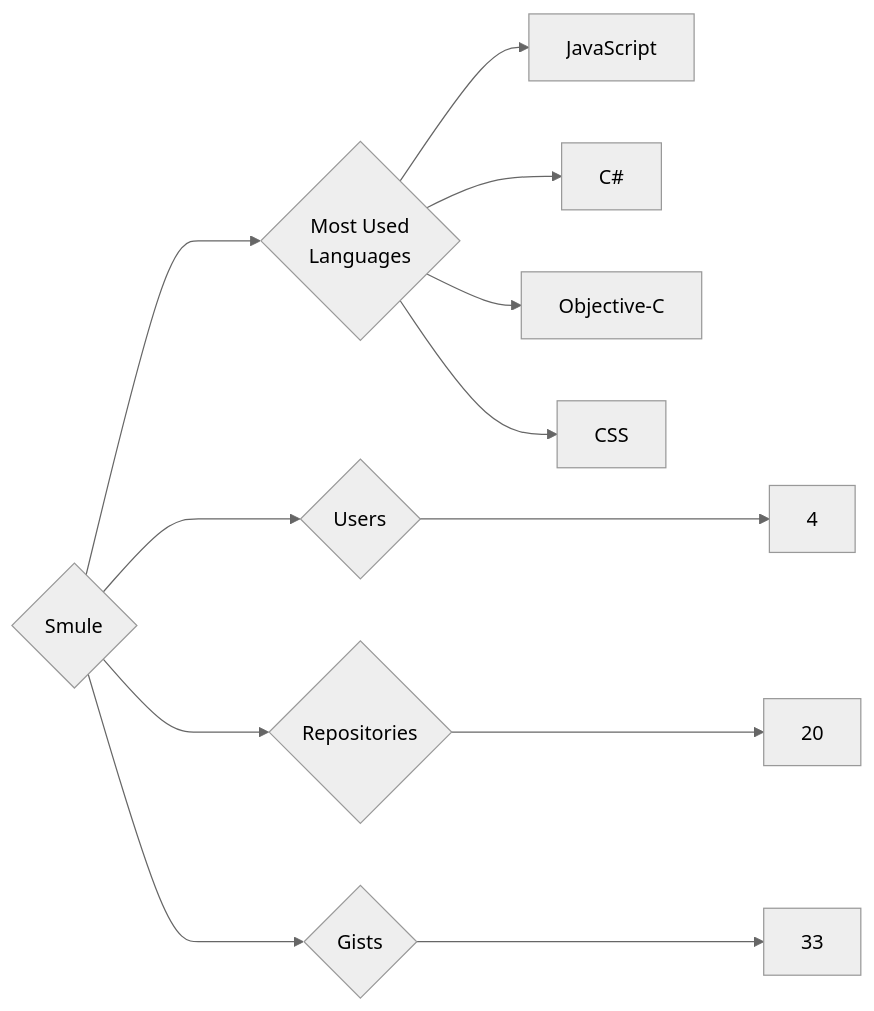
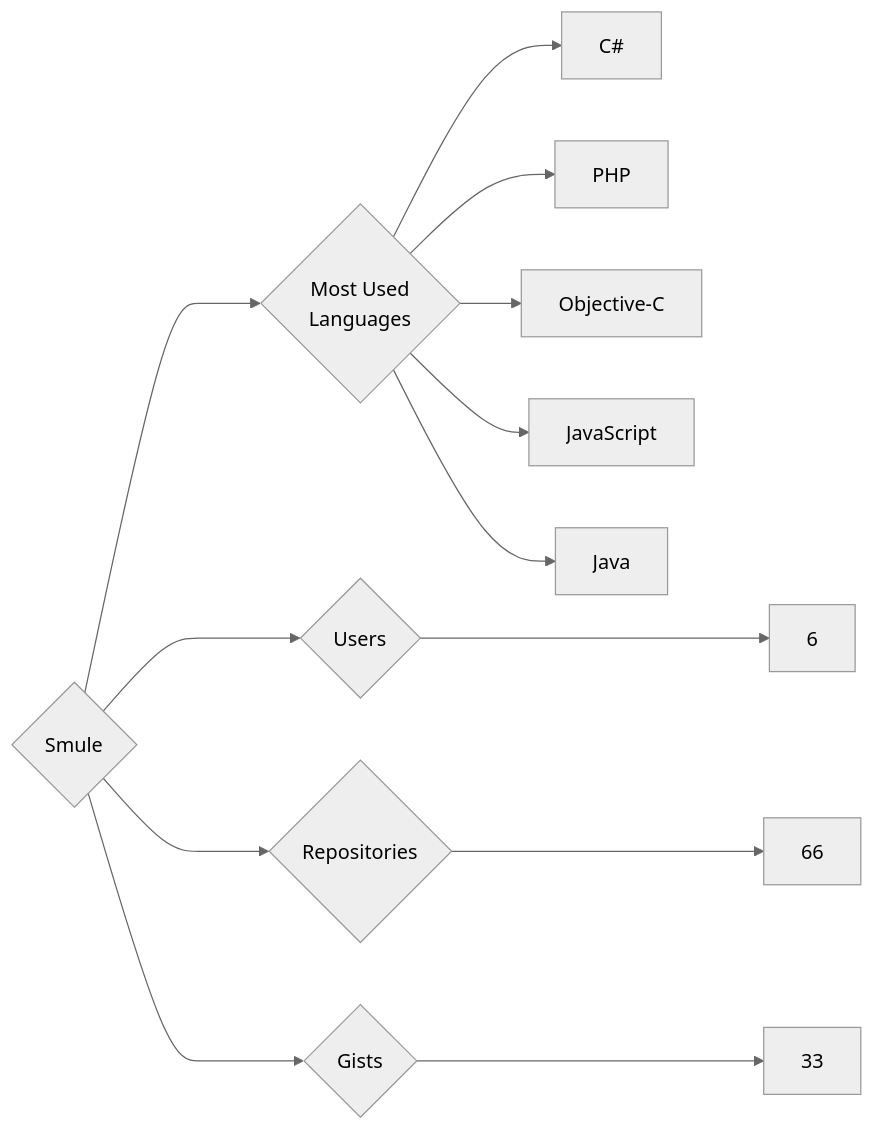
The diagram in targets/Smule/README.md (trickest/insiders), drawn with Mermaid (neutral theme) before and after one commit. The commit also changed 895 other files, not shown here.

````diff
--- a/targets/Smule/README.md
+++ b/targets/Smule/README.md
@@ -3,12 +3,13 @@
 ```mermaid
 graph LR
 COMPANY_NAME{Smule}
-COMPANY_NAME ---> U{Users} ---> UN[4]
-COMPANY_NAME ---> R{Repositories} ---> RN[20]
+COMPANY_NAME ---> U{Users} ---> UN[6]
+COMPANY_NAME ---> R{Repositories} ---> RN[66]
 COMPANY_NAME ---> G{Gists} ---> GN[33]
 COMPANY_NAME ---> ML{Most Used<br>Languages}
+ML --> C#[C#]
+ML --> PHP[PHP]
+ML --> Objective-C[Objective-C]
 ML --> JavaScript[JavaScript]
-ML --> C#[C#]
-ML --> Objective-C[Objective-C]
-ML --> CSS[CSS]
+ML --> Java[Java]
 ```
````
